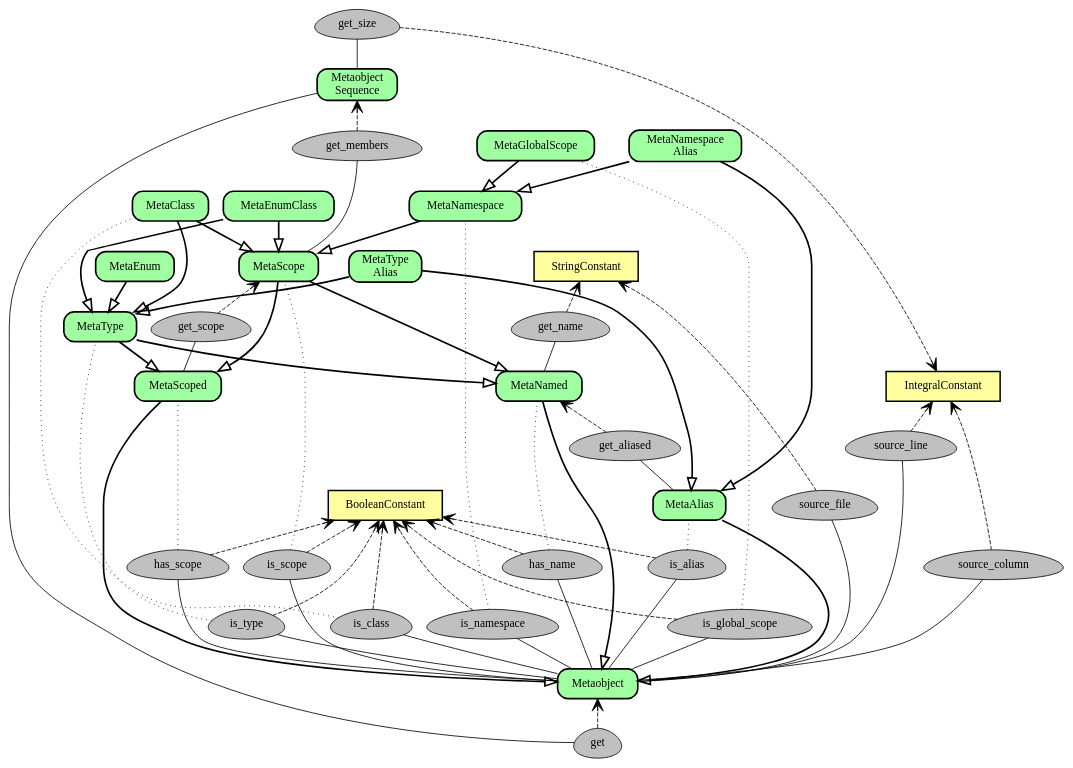
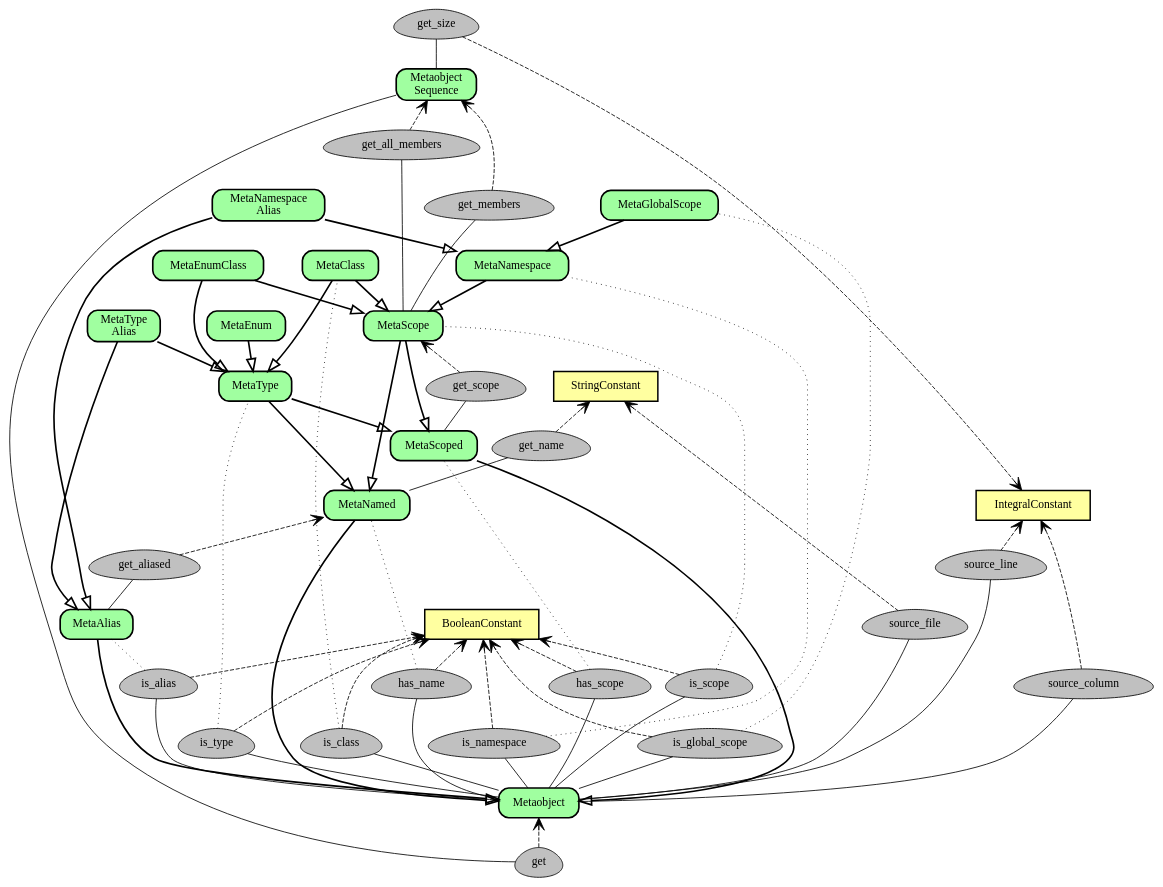
One commit to matus-chochlik/std_cpp_refl changed the diagram in doc/graphviz/reference.dot. Above: the diagram before and after it, drawn with Graphviz. The commit also changed 17 other files, not shown here.

Commit message:
Updated the quickbook docs and the dot diagram

```diff
--- a/doc/graphviz/reference.dot
+++ b/doc/graphviz/reference.dot
@@ -1,148 +1,154 @@
 digraph metaobjects {
 	overlap=false
 	rankdir=BT
 	ranksep=0.5
 	maxiter=100000
 
 	subgraph {
 		node [penwidth=1.8,style="filled",shape="box",fillcolor="#ffffa0"]
 		StringConstant
 		IntegralConstant
 		BooleanConstant
 	}
 
 	node [penwidth=2,style="rounded,filled",shape="box",fillcolor="#a0ffa0"]
 	Metaobject 
 	MetaNamed
 	MetaScoped
 	MetaScope
 	MetaAlias
 	MetaNamespace
 	MetaNamespaceAlias [label="MetaNamespace\nAlias"]
 	MetaGlobalScope
 	MetaType
 	MetaTypeAlias [label="MetaType\nAlias"]
 	MetaClass
 	MetaEnum
 	MetaEnumClass
 
 	MetaobjectSequence [label="Metaobject\nSequence"]
 
 	node [penwidth=1,style="filled",shape="egg",fillcolor="#c0c0c0"]
 
 	subgraph {
 		rank=same
 		is_namespace
 		is_global_scope
 		is_type
 		is_class
 	}
 	subgraph {
 		rank=same
 		has_name
 		has_scope
 		is_scope
 		is_alias
 	}
 	subgraph {
 		source_file
 		source_line
 		source_column
 		source_file -> source_line [style="invisible",dir="none"]
 	}
 
 	is_namespace -> has_name [style="invisible",dir="none"]
 	has_name -> source_file [style="invisible",dir="none"]
 
 	get_name
 	get_scope
 	get_aliased
 	get_members
+	get_all_members
 	get_size
 	get
 
 	edge [penwidth=2,dir="both",arrowsize=1.5,arrowtail="onormal",arrowhead="none"]
 
 	Metaobject -> MetaNamed
 	Metaobject -> MetaScoped
 	Metaobject -> MetaAlias
 
 	MetaNamed -> MetaScope
 	MetaScoped -> MetaScope
 
 	MetaScope -> MetaNamespace
 	MetaNamespace -> MetaNamespaceAlias
 	MetaAlias -> MetaNamespaceAlias
 	MetaNamespace -> MetaGlobalScope
 
 	MetaNamed -> MetaType
 	MetaScoped -> MetaType
 	MetaType -> MetaTypeAlias
 	MetaAlias -> MetaTypeAlias
 
 	MetaType -> MetaScope [style="invisible",dir="none"]
+	MetaNamed -> MetaScoped [style="invisible",dir="none"]
 
 	MetaType -> MetaClass
 	MetaScope -> MetaClass
 
 	MetaType -> MetaEnum
 
 	MetaType -> MetaEnumClass
 	MetaScope -> MetaEnumClass
 
 	edge [penwidth=1,arrowhead="none",arrowtail="none",style="solid"]
 	Metaobject -> is_namespace
 	Metaobject -> is_global_scope
 	Metaobject -> is_type
 	Metaobject -> is_class
 	Metaobject -> has_name
 	Metaobject -> has_scope
 	Metaobject -> is_scope
 	Metaobject -> is_alias
 
 	Metaobject -> source_file
 	Metaobject -> source_line
 	Metaobject -> source_column
 
 	MetaobjectSequence -> get [constraint=false]
 	MetaobjectSequence -> get_size
 	MetaNamed -> get_name
 	MetaScoped -> get_scope
 	MetaScope -> get_members
+	MetaScope -> get_all_members
 	MetaAlias -> get_aliased
 
 	MetaClass -> get_members [style="invisible",dir="none"]
 	MetaNamespace -> get_members [style="invisible",dir="none"]
+	get_members -> get_all_members [style="invisible",dir="none"]
+	get_name -> get_scope [style="invisible",dir="none"]
 
 	edge [penwidth=1,arrowhead="vee",style="dashed"]
 	is_namespace -> BooleanConstant
 	is_global_scope -> BooleanConstant
 	is_type -> BooleanConstant
 	is_class -> BooleanConstant
 	has_name -> BooleanConstant
 	has_scope -> BooleanConstant
 	is_scope -> BooleanConstant
 	is_alias -> BooleanConstant
 
 	source_file -> StringConstant
 	source_line -> IntegralConstant
 	source_column -> IntegralConstant
 
 	get -> Metaobject
 	get_size -> IntegralConstant [constraint=false]
 	get_name -> StringConstant
 	get_scope -> MetaScope
 	get_members -> MetaobjectSequence
+	get_all_members -> MetaobjectSequence
 	get_aliased -> MetaNamed
 
 	edge [penwidth=1,arrowhead="none",style="dotted"]
 	is_namespace -> MetaNamespace
 	is_global_scope -> MetaGlobalScope
 	is_type -> MetaType
 	is_class -> MetaClass
 	has_name -> MetaNamed
 	has_scope -> MetaScoped
 	is_scope -> MetaScope
 	is_alias -> MetaAlias
 
 }
```
